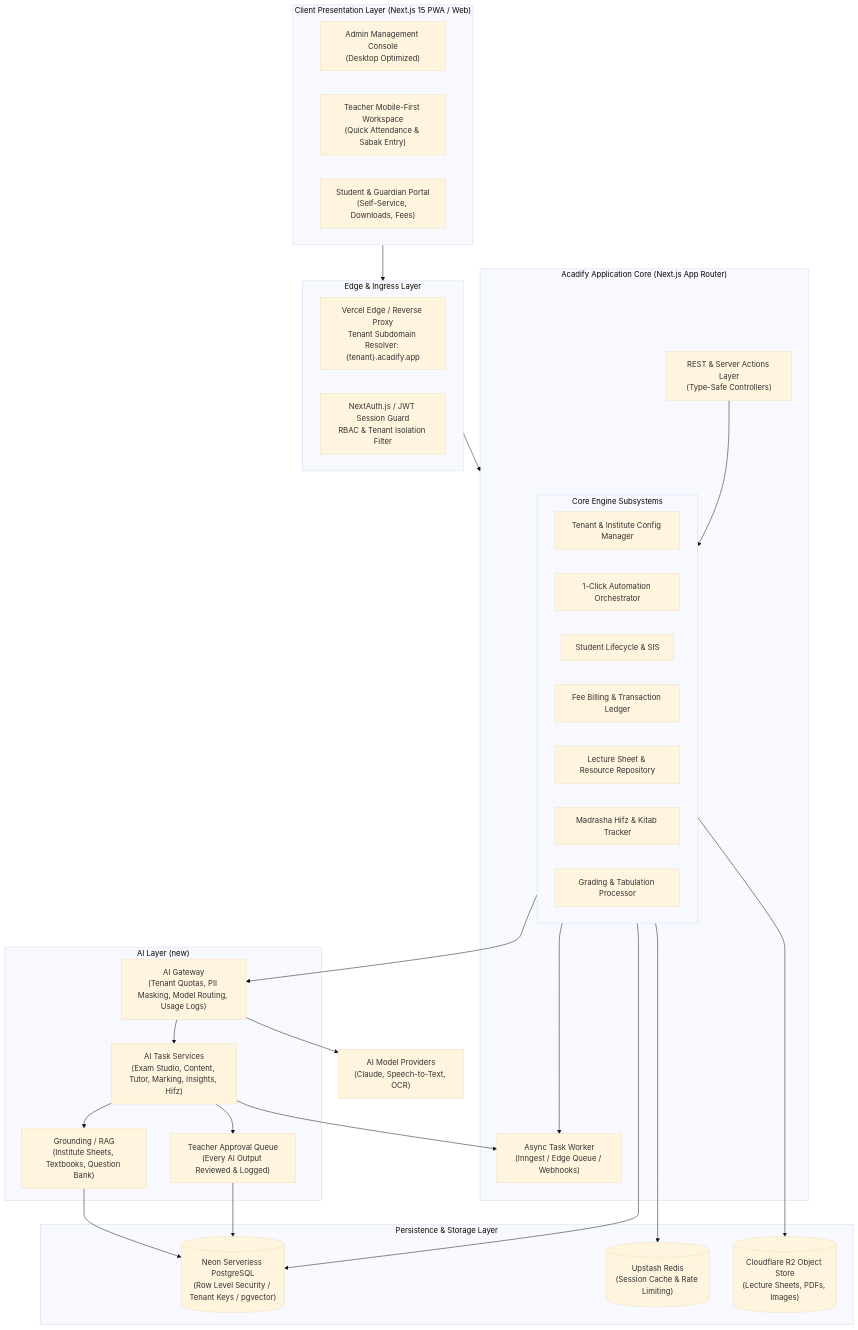
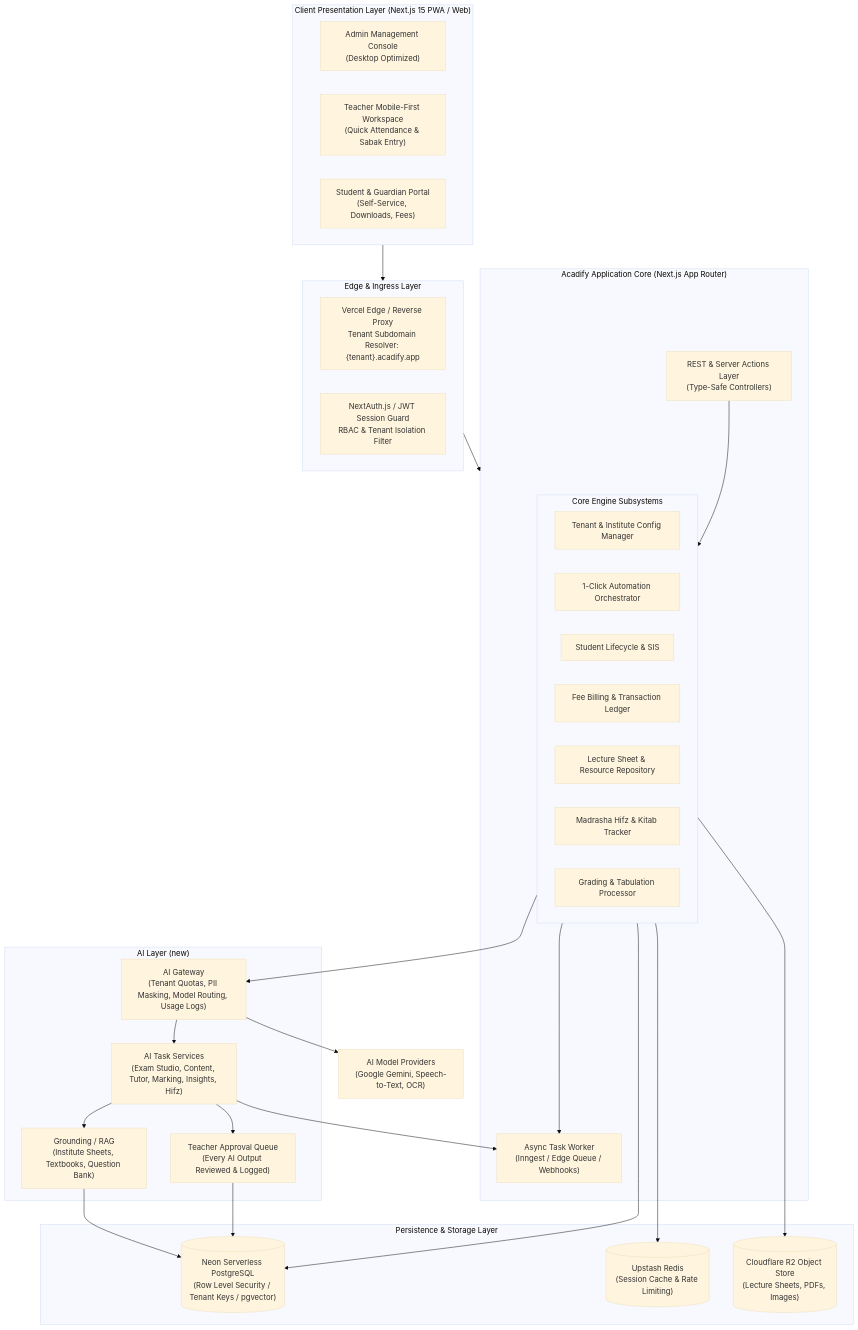
One commit to dev-mosarof66/acadify changed the second of 8 diagrams in .docs/acadify_architecture_and_build_plan.md. Above: the diagram before and after it, drawn with Mermaid (base theme). The commit also changed other lines of this file, not shown here.

First line of the commit message:
Docs: switch the AI plan to Gemini and record AI progress (on hold)

````diff
--- a/.docs/acadify_architecture_and_build_plan.md
+++ b/.docs/acadify_architecture_and_build_plan.md
@@ -67,58 +67,58 @@
 ```mermaid
 graph TB
     subgraph ClientLayer ["Client Presentation Layer (Next.js 15 PWA / Web)"]
         AdminPortal["Admin Management Console<br/>(Desktop Optimized)"]
         TeacherApp["Teacher Mobile-First Workspace<br/>(Quick Attendance & Sabak Entry)"]
         StudentPortal["Student & Guardian Portal<br/>(Self-Service, Downloads, Fees)"]
     end
 
     subgraph EdgeLayer ["Edge & Ingress Layer"]
         Routing["Vercel Edge / Reverse Proxy<br/>Tenant Subdomain Resolver: {tenant}.acadify.app"]
         AuthGuard["NextAuth.js / JWT Session Guard<br/>RBAC & Tenant Isolation Filter"]
     end
 
     subgraph AppLayer ["Acadify Application Core (Next.js App Router)"]
         API["REST & Server Actions Layer<br/>(Type-Safe Controllers)"]
         
         subgraph Subsystems ["Core Engine Subsystems"]
             TenantEngine["Tenant & Institute Config Manager"]
             AutomationEngine["1-Click Automation Orchestrator"]
             StudentEngine["Student Lifecycle & SIS"]
             FeeEngine["Fee Billing & Transaction Ledger"]
             AcademicEngine["Lecture Sheet & Resource Repository"]
             MadrashaEngine["Madrasha Hifz & Kitab Tracker"]
             ExamEngine["Grading & Tabulation Processor"]
         end
         
         BackgroundJobs["Async Task Worker<br/>(Inngest / Edge Queue / Webhooks)"]
     end
 
     subgraph AILayer ["AI Layer (new)"]
         AIGateway["AI Gateway<br/>(Tenant Quotas, PII Masking, Model Routing, Usage Logs)"]
         AIServices["AI Task Services<br/>(Exam Studio, Content, Tutor, Marking, Insights, Hifz)"]
         Grounding["Grounding / RAG<br/>(Institute Sheets, Textbooks, Question Bank)"]
         ApprovalQueue["Teacher Approval Queue<br/>(Every AI Output Reviewed & Logged)"]
     end
 
     subgraph DataLayer ["Persistence & Storage Layer"]
         NeonDB[("Neon Serverless PostgreSQL<br/>(Row Level Security / Tenant Keys / pgvector)")]
         RedisCache[("Upstash Redis<br/>(Session Cache & Rate Limiting)")]
         BlobStore[("Cloudflare R2 Object Store<br/>(Lecture Sheets, PDFs, Images)")]
     end
 
     ClientLayer --> EdgeLayer
     EdgeLayer --> AppLayer
     API --> Subsystems
     Subsystems --> BackgroundJobs
     Subsystems --> NeonDB
     Subsystems --> RedisCache
     Subsystems --> BlobStore
     Subsystems --> AIGateway
     AIGateway --> AIServices
     AIServices --> Grounding
     AIServices --> ApprovalQueue
     Grounding --> NeonDB
     ApprovalQueue --> NeonDB
     AIServices --> BackgroundJobs
-    AIGateway --> AIProviders["AI Model Providers<br/>(Claude, Speech-to-Text, OCR)"]
+    AIGateway --> AIProviders["AI Model Providers<br/>(Google Gemini, Speech-to-Text, OCR)"]
 ```
````
